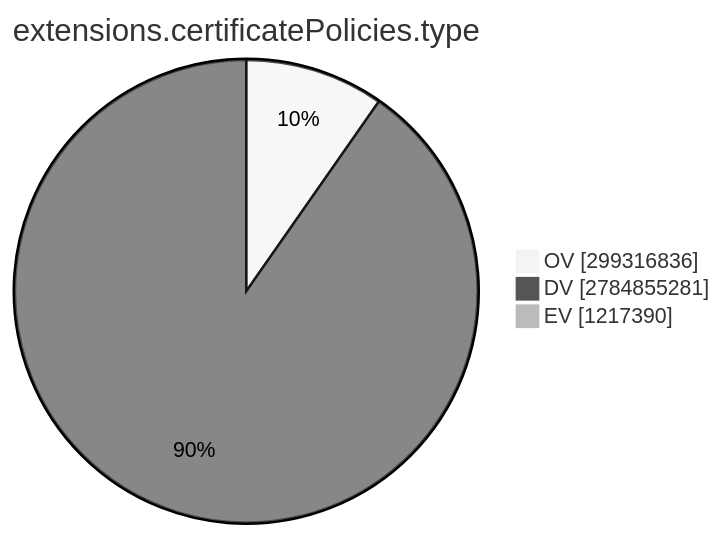
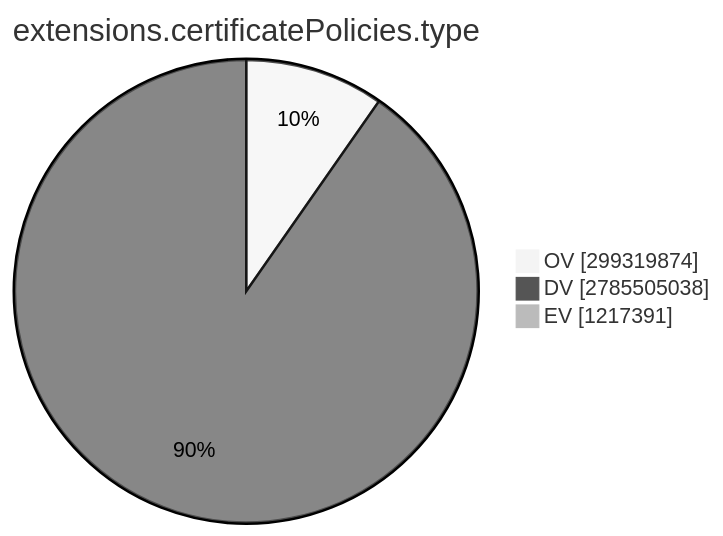
Before and after one commit to christiankrug/ctmonitor_visualization: the ninth of 15 diagrams in TOTAL/README.md, drawn with Mermaid (neutral theme). The commit also changed other lines of this file, not shown here.

````diff
--- a/TOTAL/README.md
+++ b/TOTAL/README.md
@@ -3101,7 +3101,7 @@
 ```mermaid
 pie showData
 title extensions.certificatePolicies.type
-"OV" :299316836
-"DV" :2784855281
-"EV" :1217390
+"OV" :299319874
+"DV" :2785505038
+"EV" :1217391
 ```
````
